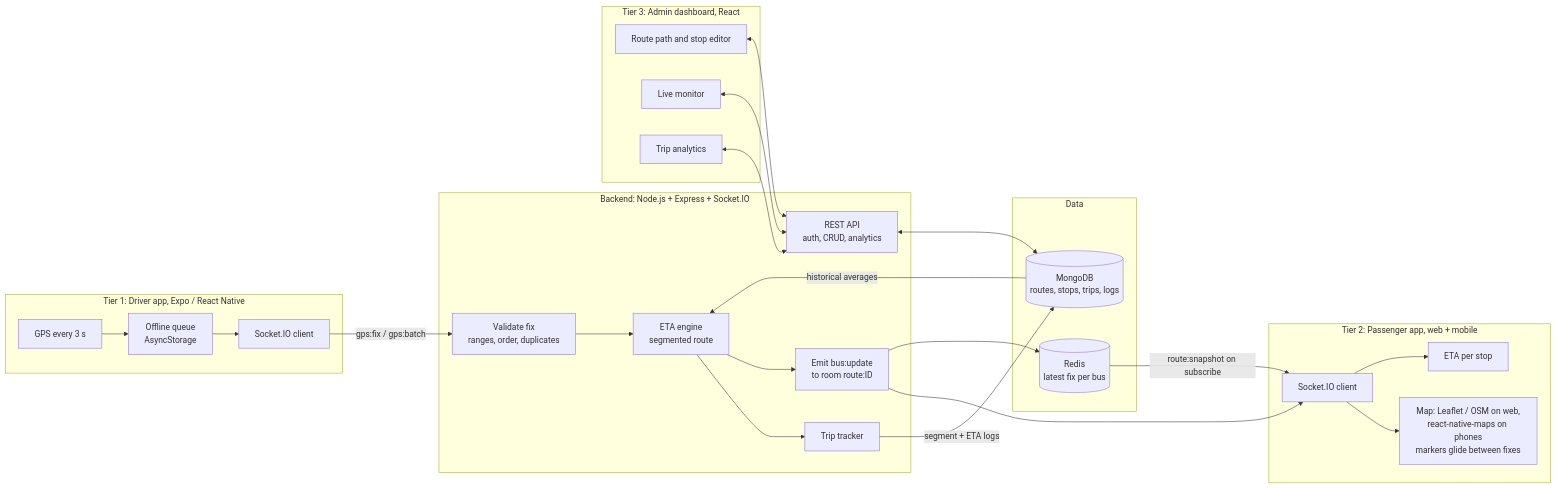
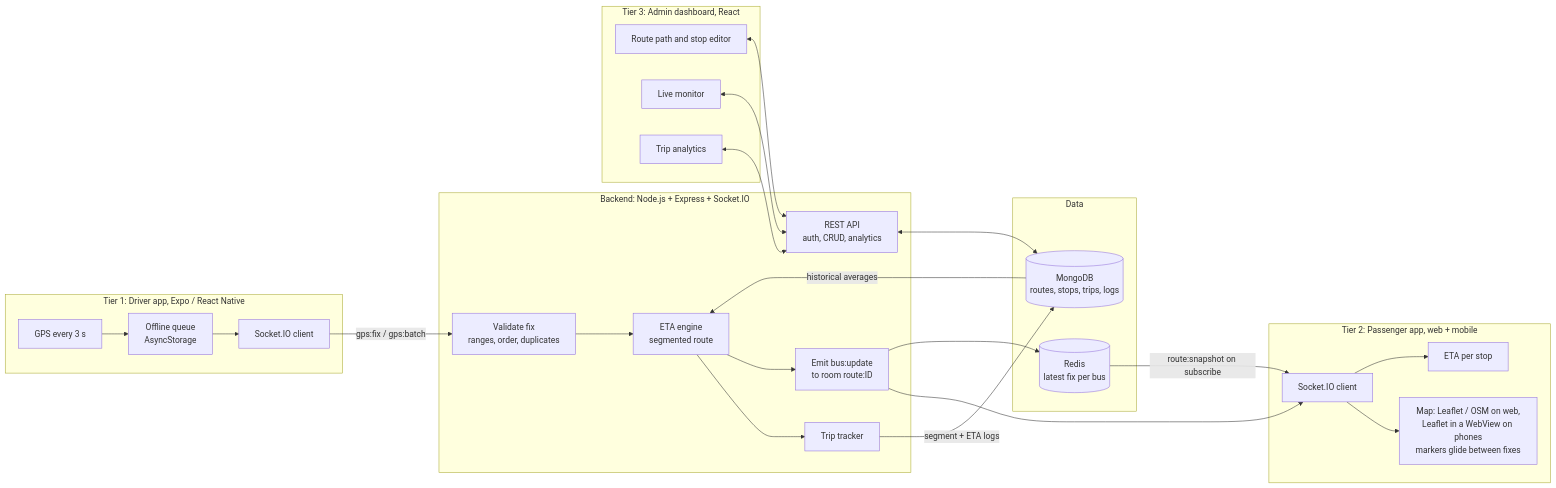
The diagram in docs/ARCHITECTURE.md (nadunkanishka/Smart-bus-tracking-system), drawn with Mermaid before and after one commit. The commit also changed 37 other files, not shown here.

First line of the commit message:
fix(apps): key-free Leaflet map in the phone apps; distinct driver and passenger icons

````diff
--- a/docs/ARCHITECTURE.md
+++ b/docs/ARCHITECTURE.md
@@ -5,39 +5,39 @@
 ```mermaid
 flowchart LR
   subgraph Tier1[Tier 1: Driver app, Expo / React Native]
     GPS[GPS every 3 s] --> Q[Offline queue<br/>AsyncStorage]
     Q --> DS[Socket.IO client]
   end
 
   subgraph Backend[Backend: Node.js + Express + Socket.IO]
     V[Validate fix<br/>ranges, order, duplicates] --> ETA[ETA engine<br/>segmented route]
     ETA --> TT[Trip tracker]
     ETA --> PUB[Emit bus:update<br/>to room route:ID]
     REST[REST API<br/>auth, CRUD, analytics]
   end
 
   subgraph Data[Data]
     R[(Redis<br/>latest fix per bus)]
     M[(MongoDB<br/>routes, stops, trips, logs)]
   end
 
   subgraph Tier2[Tier 2: Passenger app, web + mobile]
-    PS[Socket.IO client] --> MAP[Map: Leaflet / OSM on web,<br/>react-native-maps on phones<br/>markers glide between fixes]
+    PS[Socket.IO client] --> MAP[Map: Leaflet / OSM on web,<br/>Leaflet in a WebView on phones<br/>markers glide between fixes]
     PS --> LIST[ETA per stop]
   end
 
   subgraph Tier3[Tier 3: Admin dashboard, React]
     ED[Route path and stop editor]
     LM[Live monitor]
     AN[Trip analytics]
   end
 
   DS -- gps:fix / gps:batch --> V
   PUB --> PS
   PUB --> R
   R -- route:snapshot on subscribe --> PS
   TT -- segment + ETA logs --> M
   M -- historical averages --> ETA
   ED & LM & AN <--> REST
   REST <--> M
 ```
````
